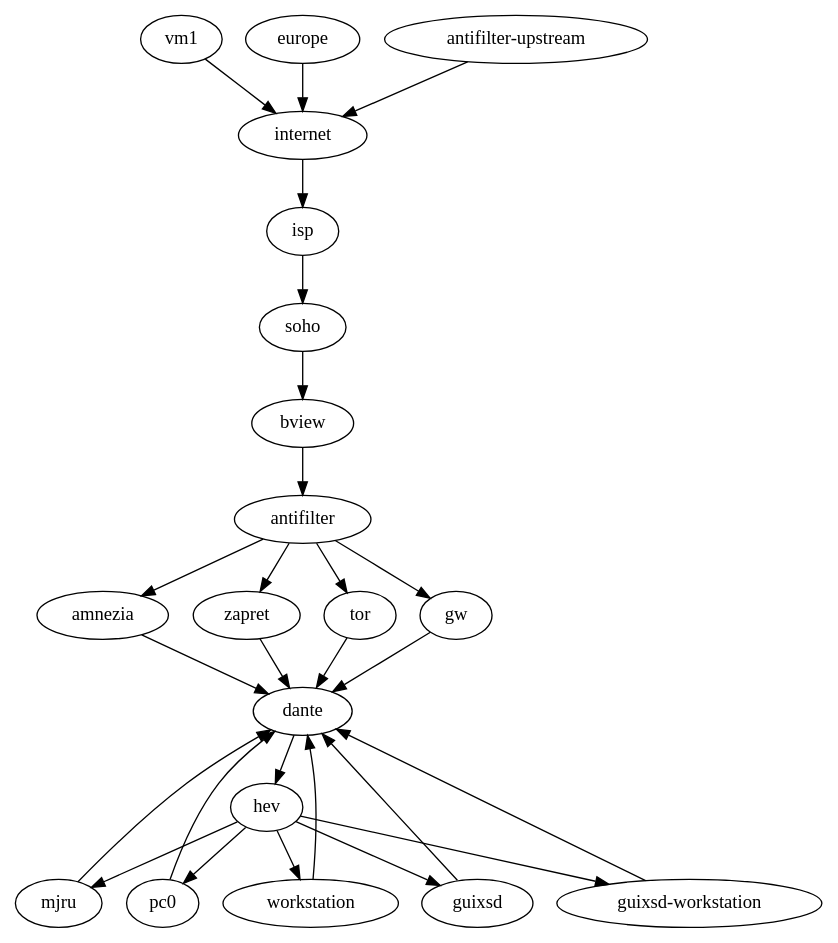
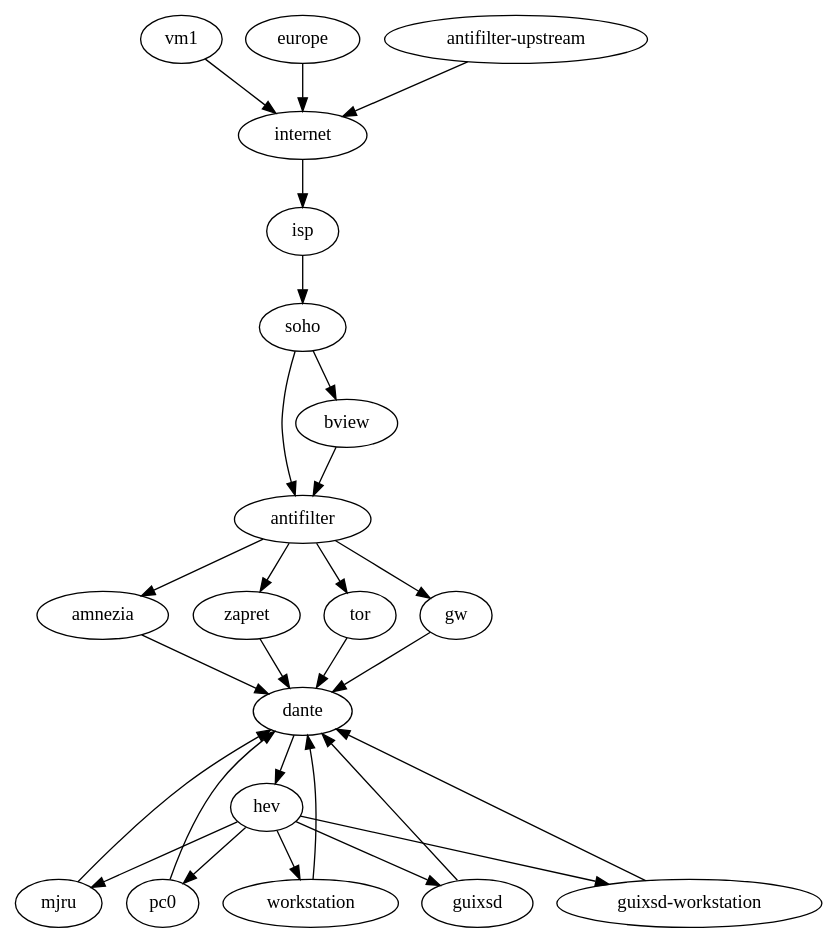
Before and after one commit to kitnil/dotfiles: the diagram in src/graphviz/networking.dot, drawn with Graphviz.

Commit message:
graphviz: networking: Update.

```diff
--- a/src/graphviz/networking.dot
+++ b/src/graphviz/networking.dot
@@ -1,8 +1,10 @@
 digraph {
-    { vm1 europe "antifilter-upstream" } -> internet -> isp -> soho -> bview -> antifilter -> { amnezia zapret tor gw } -> dante -> hev -> { mjru pc0 workstation guixsd "guixsd-workstation" }
+    { vm1 europe "antifilter-upstream" } -> internet -> isp -> soho -> antifilter -> { amnezia zapret tor gw } -> dante -> hev -> { mjru pc0 workstation guixsd "guixsd-workstation" }
+    soho -> bview
+    bview -> antifilter
     mjru -> dante
     pc0 -> dante
     workstation -> dante
     guixsd -> dante
     "guixsd-workstation" -> dante
 }
```
